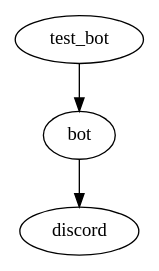
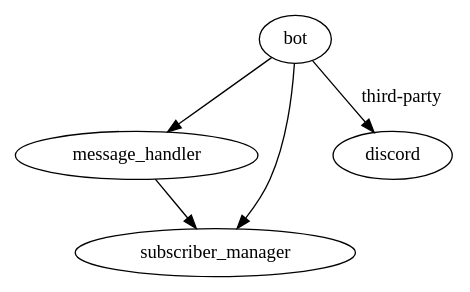
The diagram in generated_projects/local_discord_bot/project_design_document.md (Josh-Joseph/gen-code-from-requirements-doc), drawn with Graphviz before and after one commit. The commit also changed other lines of this file and 22 other files, not shown here.

````diff
--- a/generated_projects/local_discord_bot/project_design_document.md
+++ b/generated_projects/local_discord_bot/project_design_document.md
@@ -34,6 +38,8 @@
 ```graphviz
 digraph G {
-    bot -> discord;
-    test_bot -> bot;
+    bot -> message_handler;
+    bot -> subscriber_manager;
+    message_handler -> subscriber_manager;
+    bot -> discord [label="third-party"];
 }
 ```
````
